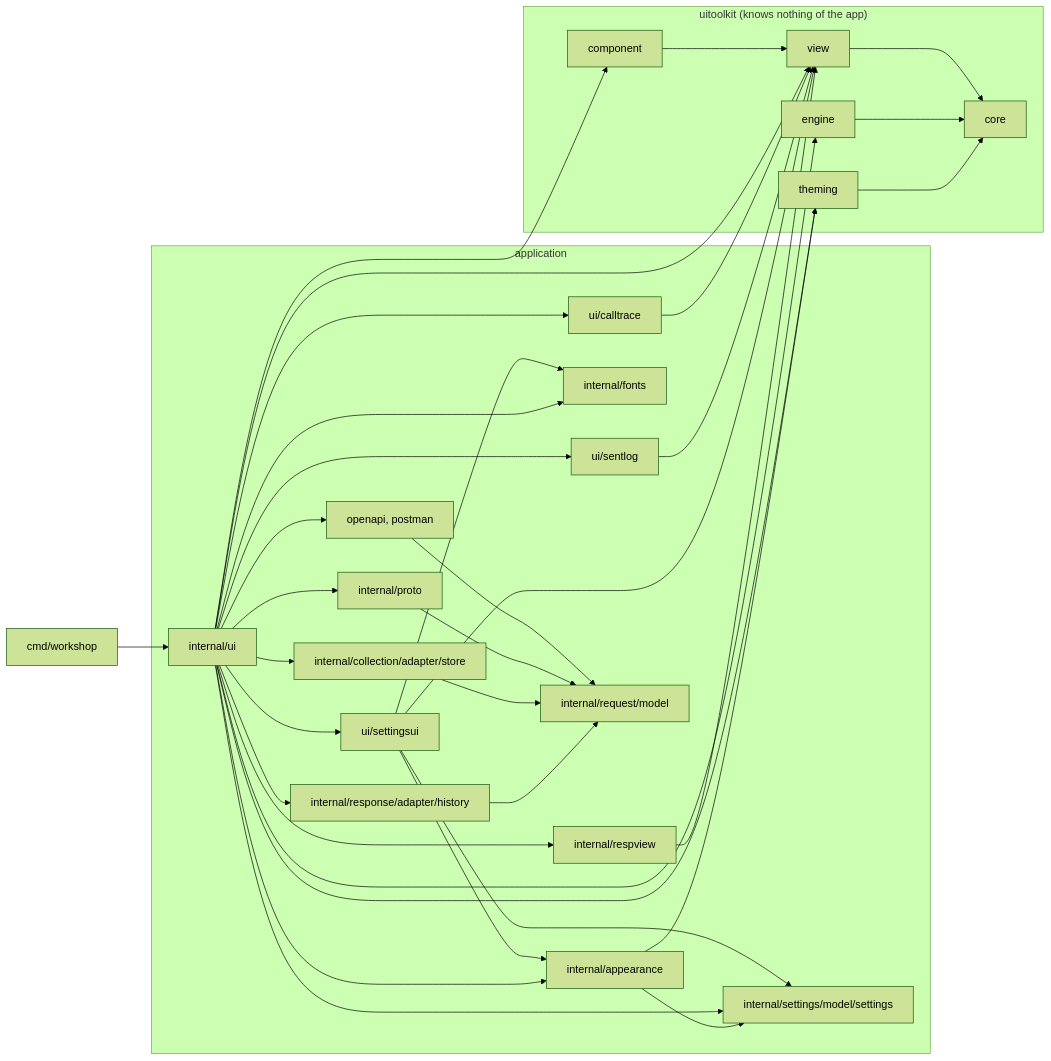
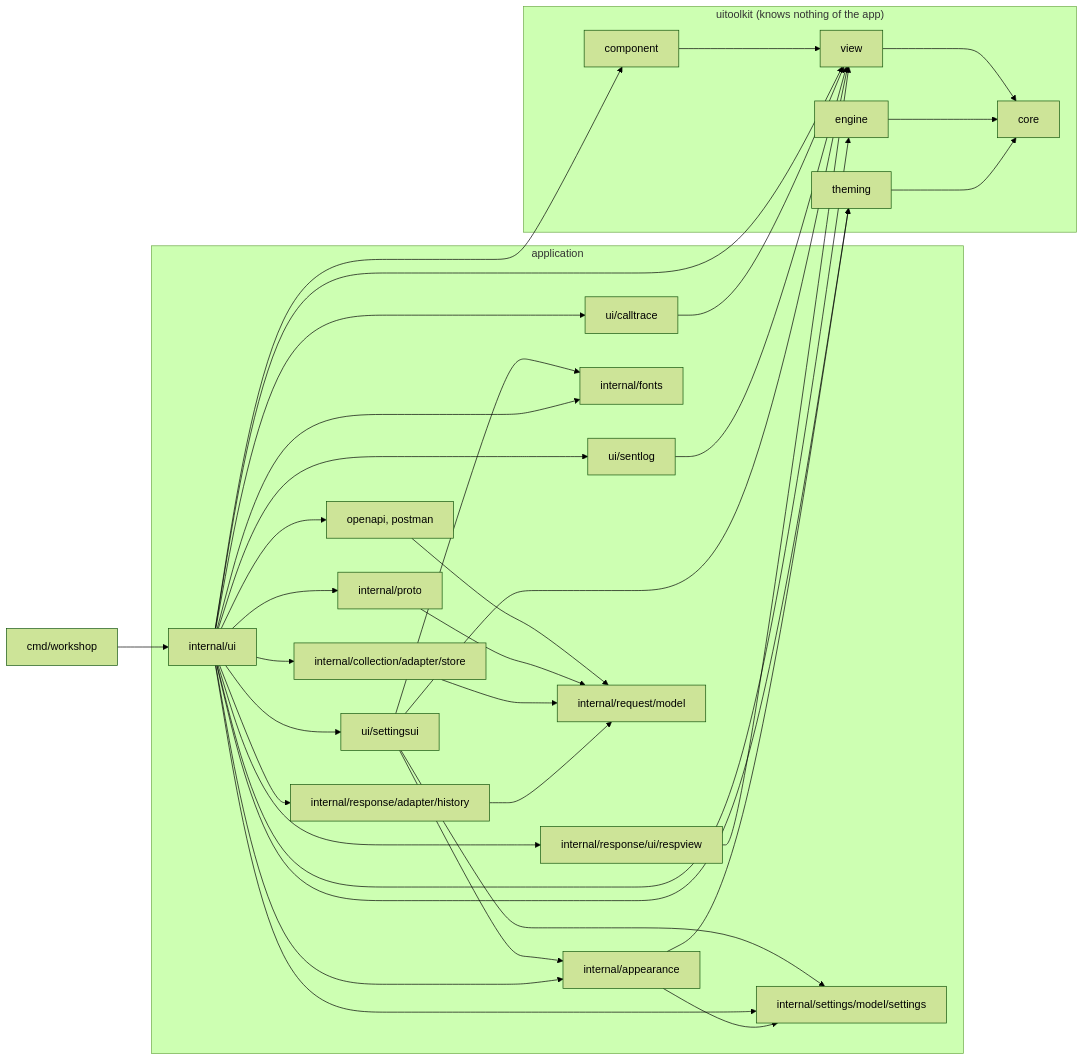
One commit to gascoigne-ai/gascoigne-workshop changed the diagram in .harness/architecture.md. Above: the diagram before and after it, drawn with Mermaid (forest theme). The commit also changed other lines of this file and 16 other files, not shown here.

First line of the commit message:
refactor(response): respview moves to internal/response/ui/respview

````diff
--- a/.harness/architecture.md
+++ b/.harness/architecture.md
@@ -5,40 +5,40 @@
 ```mermaid
 flowchart LR
   cmd["cmd/workshop"] --> ui["internal/ui"]
   subgraph app["application"]
     ui --> calltrace["ui/calltrace"]
     ui --> sentlog["ui/sentlog"]
     ui --> settingsui["ui/settingsui"]
     settingsui --> settings
     settingsui --> fonts
     settingsui --> appearance
     ui --> appearance["internal/appearance"]
-    ui --> respview["internal/respview"]
+    ui --> respview["internal/response/ui/respview"]
     ui --> store["internal/collection/adapter/store"]
     ui --> imports["openapi, postman"]
     ui --> fonts["internal/fonts"]
     ui --> history["internal/response/adapter/history"]
     ui --> settings["internal/settings/model/settings"]
     ui --> proto["internal/proto"]
     imports --> model["internal/request/model"]
     proto --> model
     store --> model
     history --> model
   end
   subgraph toolkit["uitoolkit (knows nothing of the app)"]
     component["component"] --> view["view"]
     view --> core["core"]
     engine["engine"] --> core
     theming["theming"] --> core
   end
   ui --> component
   ui --> view
   ui --> engine
   ui --> theming
   calltrace --> view
   sentlog --> view
   settingsui --> view
   appearance --> theming
   appearance --> settings
   respview --> view
 ```
````
